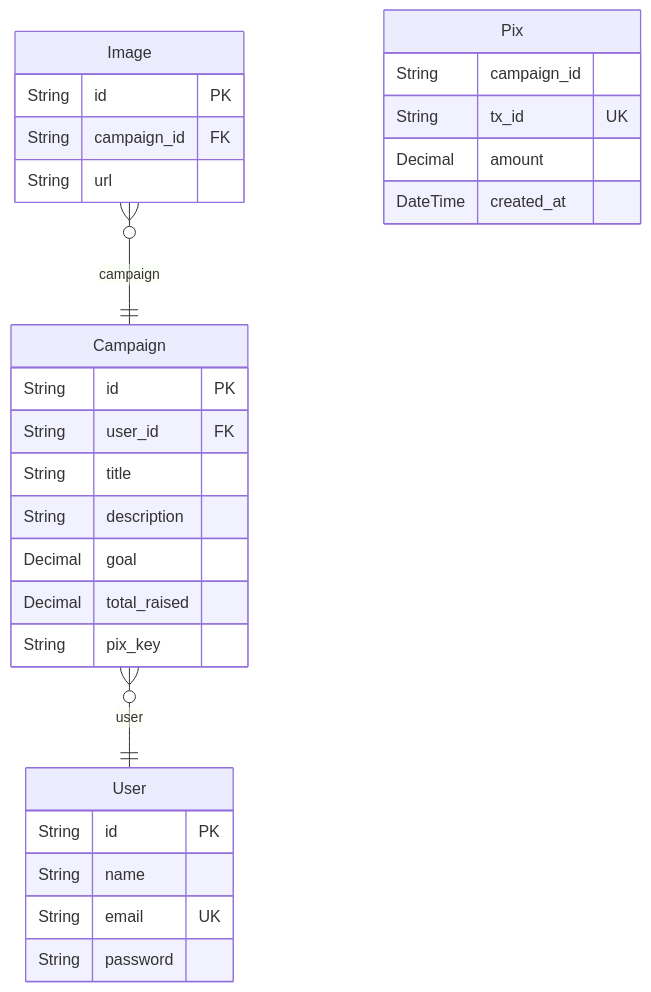
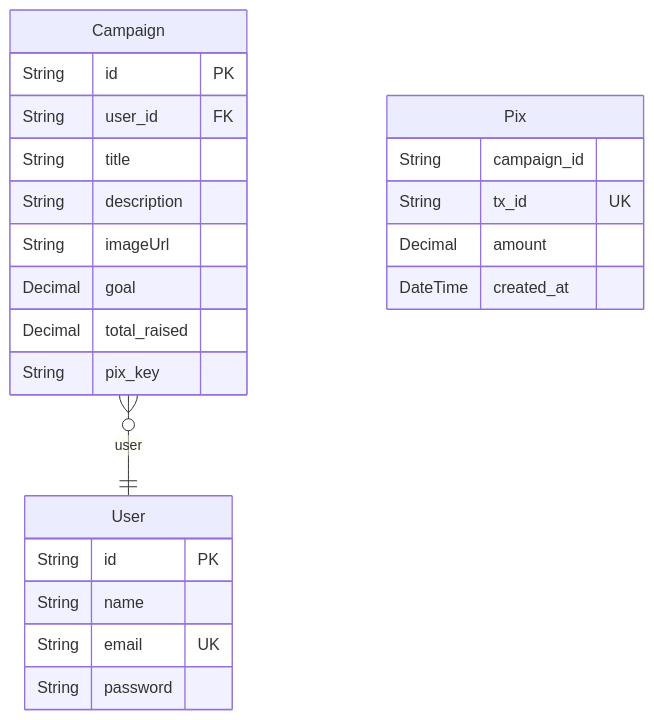
One commit to renansilva15/doe-aqui changed the diagram in ERD.md. Above: the diagram before and after it, drawn with Mermaid. The commit also changed other lines of this file and 2 other files, not shown here.

Commit message:
refactor: remove image model

````diff
--- a/ERD.md
+++ b/ERD.md
@@ -7,31 +7,26 @@
 ```mermaid
 erDiagram
 "User" {
     String id PK
     String name
     String email UK
     String password
 }
-"Image" {
-    String id PK
-    String campaign_id FK
-    String url
-}
 "Campaign" {
     String id PK
     String user_id FK
     String title
     String description
+    String imageUrl
     Decimal goal
     Decimal total_raised
     String pix_key
 }
 "Pix" {
     String campaign_id
     String tx_id UK
     Decimal amount
     DateTime created_at
 }
-"Image" }o--|| "Campaign" : campaign
 "Campaign" }o--|| "User" : user
 ```
````
